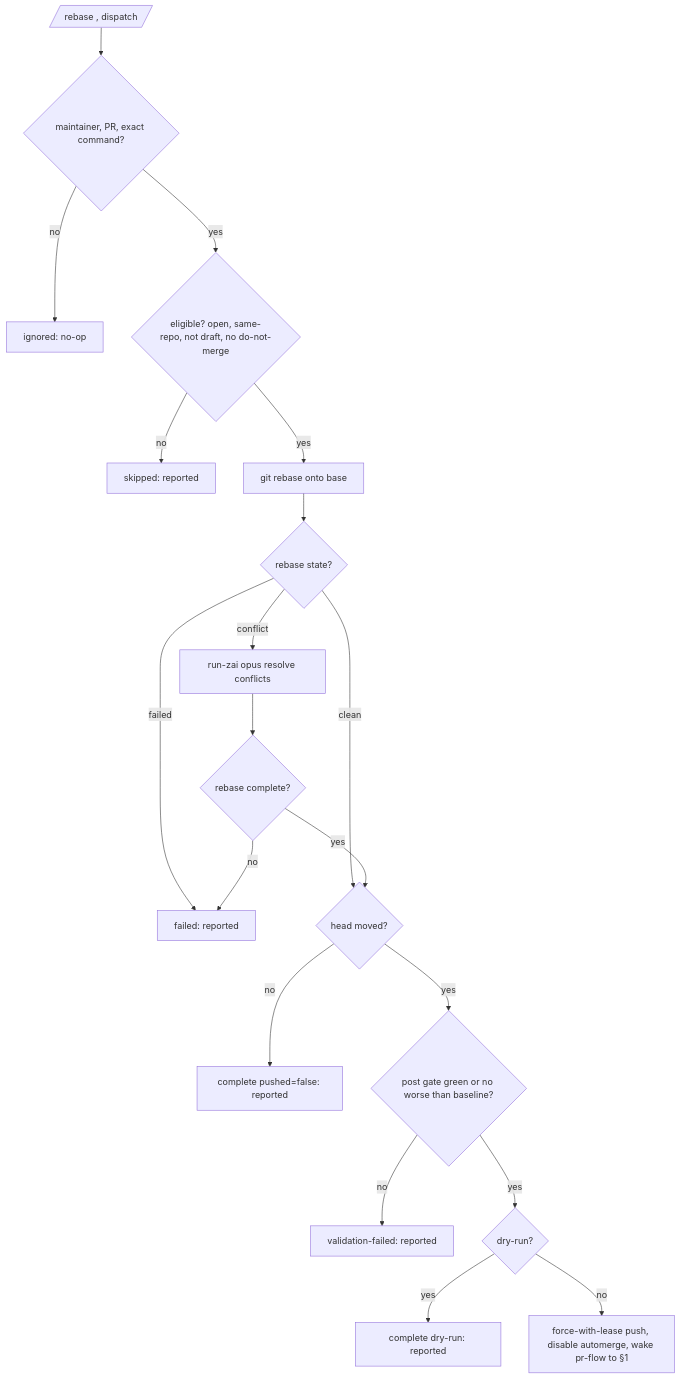
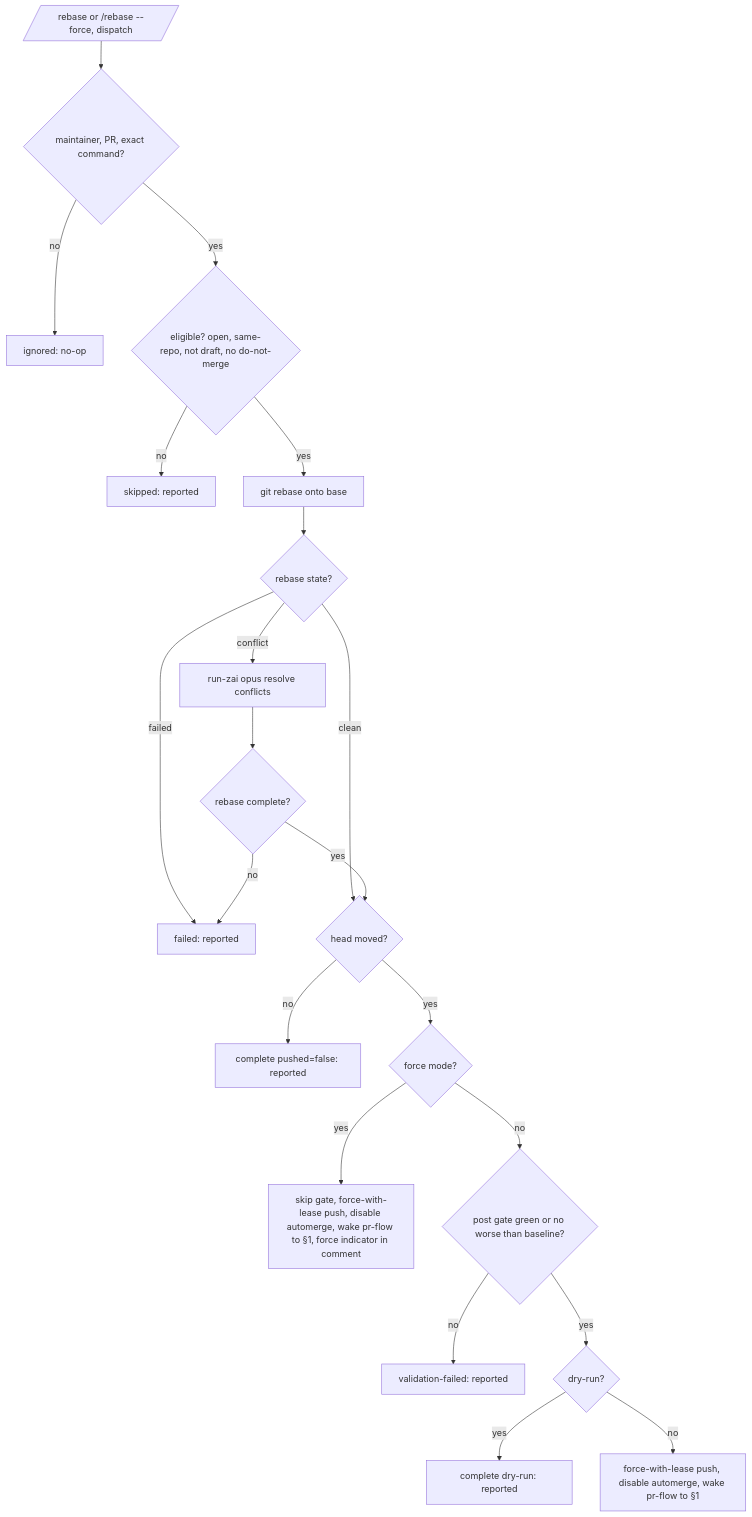
The ninth of 11 diagrams in docs/workflow-e2e-scenarios.md (kostua16/amnezia-control-panel), drawn with Mermaid before and after one commit. The commit also changed other lines of this file and 4 other files, not shown here.

````diff
--- a/docs/workflow-e2e-scenarios.md
+++ b/docs/workflow-e2e-scenarios.md
@@ -379,21 +379,23 @@
 ```mermaid
 flowchart TD
-  R[/rebase , dispatch/] --> G{maintainer, PR, exact command?}
+  R[/rebase or /rebase --force, dispatch/] --> G{maintainer, PR, exact command?}
   G -->|no| IG[ignored: no-op]
   G -->|yes| E{eligible? open, same-repo, not draft, no do-not-merge}
   E -->|no| SK[skipped: reported]
   E -->|yes| RB[git rebase onto base]
   RB --> S{rebase state?}
   S -->|conflict| ZAI[run-zai opus resolve conflicts]
   S -->|failed| FL[failed: reported]
   ZAI --> V2{rebase complete?}
   V2 -->|no| FL
   S -->|clean| M{head moved?}
   V2 -->|yes| M
   M -->|no| NO[complete pushed=false: reported]
-  M -->|yes| V{post gate green or no worse than baseline?}
+  M -->|yes| FRC{force mode?}
+  FRC -->|yes| FW[skip gate, force-with-lease push, disable automerge, wake pr-flow to §1, force indicator in comment]
+  FRC -->|no| V{post gate green or no worse than baseline?}
   V -->|no| VF[validation-failed: reported]
   V -->|yes| P{dry-run?}
   P -->|yes| DR[complete dry-run: reported]
-  P -->|no| FW[force-with-lease push, disable automerge, wake pr-flow to §1]
+  P -->|no| FW2[force-with-lease push, disable automerge, wake pr-flow to §1]
 ```
````
